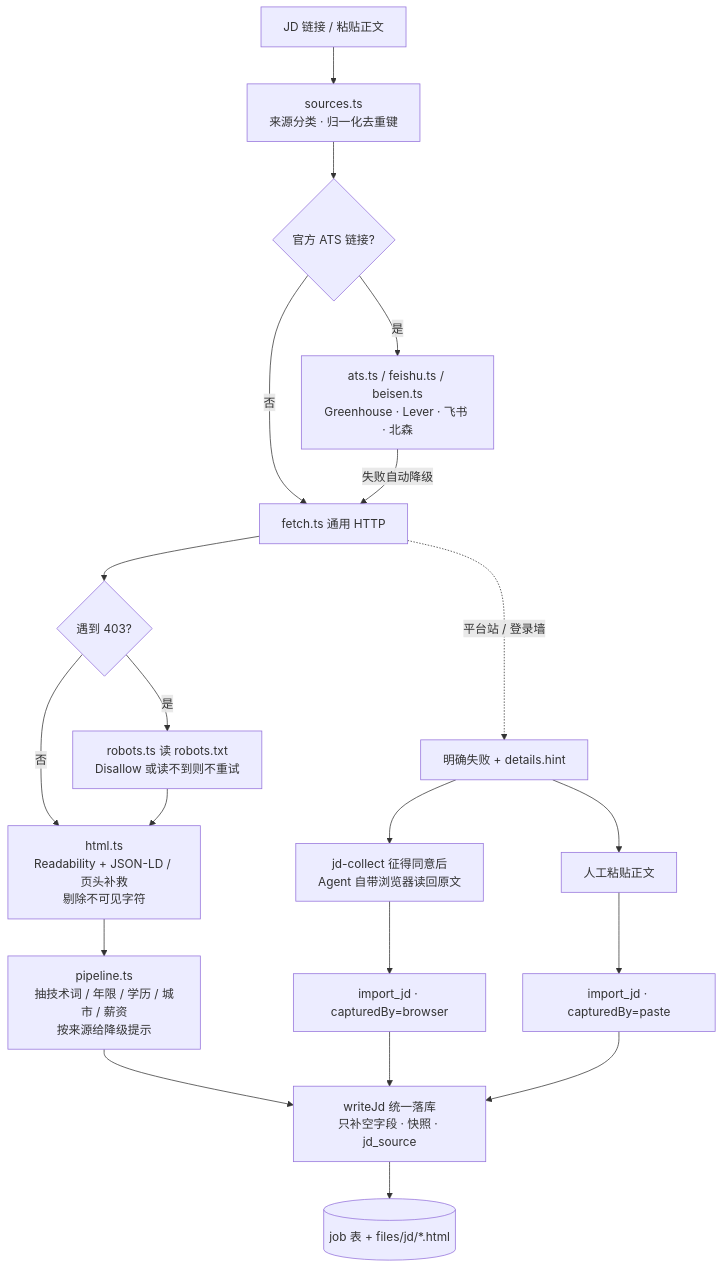
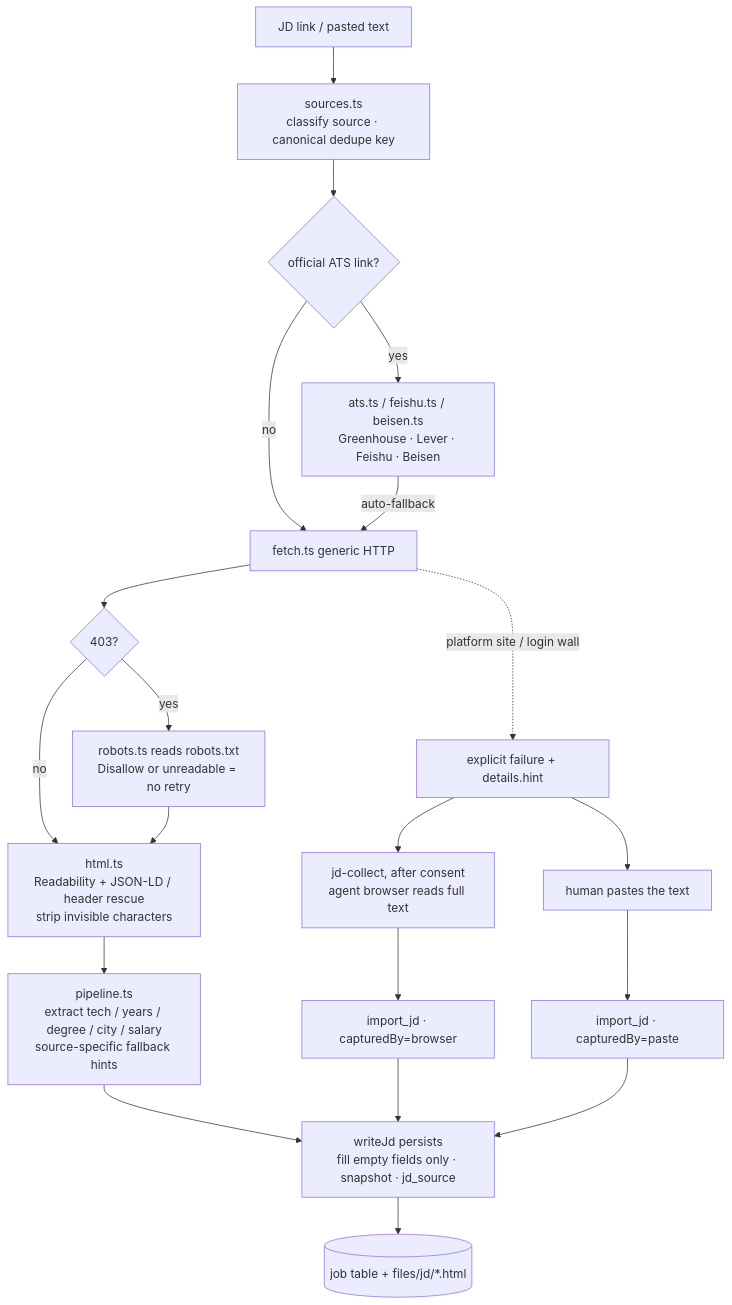
One commit to Dada-liu/land-a-job changed the fifth of 6 diagrams in README.md. Above: the diagram before and after it, drawn with Mermaid. The commit also changed other lines of this file and 17 other files, not shown here.

````diff
--- a/README.md
+++ b/README.md
@@ -525,22 +529,22 @@
 ```mermaid
 flowchart TD
-  START["JD 链接 / 粘贴正文"] --> SRC["sources.ts<br/>来源分类 · 归一化去重键"]
-  SRC --> ATS{"官方 ATS 链接?"}
-  ATS -->|"是"| ADAPTER["ats.ts / feishu.ts / beisen.ts<br/>Greenhouse · Lever · 飞书 · 北森"]
-  ATS -->|"否"| HTTP["fetch.ts 通用 HTTP"]
-  ADAPTER -->|"失败自动降级"| HTTP
-  HTTP --> ROBOTS{"遇到 403?"}
-  ROBOTS -->|"是"| CHECK["robots.ts 读 robots.txt<br/>Disallow 或读不到则不重试"]
-  ROBOTS -->|"否"| HTML["html.ts<br/>Readability + JSON-LD / 页头补救<br/>剔除不可见字符"]
+  START["JD link / pasted text"] --> SRC["sources.ts<br/>classify source · canonical dedupe key"]
+  SRC --> ATS{"official ATS link?"}
+  ATS -->|"yes"| ADAPTER["ats.ts / feishu.ts / beisen.ts<br/>Greenhouse · Lever · Feishu · Beisen"]
+  ATS -->|"no"| HTTP["fetch.ts generic HTTP"]
+  ADAPTER -->|"auto-fallback"| HTTP
+  HTTP --> ROBOTS{"403?"}
+  ROBOTS -->|"yes"| CHECK["robots.ts reads robots.txt<br/>Disallow or unreadable = no retry"]
+  ROBOTS -->|"no"| HTML["html.ts<br/>Readability + JSON-LD / header rescue<br/>strip invisible characters"]
   CHECK --> HTML
-  HTML --> PIPE["pipeline.ts<br/>抽技术词 / 年限 / 学历 / 城市 / 薪资<br/>按来源给降级提示"]
-  PIPE --> WRITE["writeJd 统一落库<br/>只补空字段 · 快照 · jd_source"]
-  WRITE --> STORE[("job 表 + files/jd/*.html")]
-  HTTP -.->|"平台站 / 登录墙"| FAIL["明确失败 + details.hint"]
-  FAIL --> BROWSER["jd-collect 征得同意后<br/>Agent 自带浏览器读回原文"]
+  HTML --> PIPE["pipeline.ts<br/>extract tech / years / degree / city / salary<br/>source-specific fallback hints"]
+  PIPE --> WRITE["writeJd persists<br/>fill empty fields only · snapshot · jd_source"]
+  WRITE --> STORE[("job table + files/jd/*.html")]
+  HTTP -.->|"platform site / login wall"| FAIL["explicit failure + details.hint"]
+  FAIL --> BROWSER["jd-collect, after consent<br/>agent browser reads full text"]
   BROWSER --> IMPORT["import_jd · capturedBy=browser"]
   IMPORT --> WRITE
-  FAIL --> PASTE["人工粘贴正文"]
+  FAIL --> PASTE["human pastes the text"]
   PASTE --> IMPORT2["import_jd · capturedBy=paste"]
   IMPORT2 --> WRITE
 ```
````
